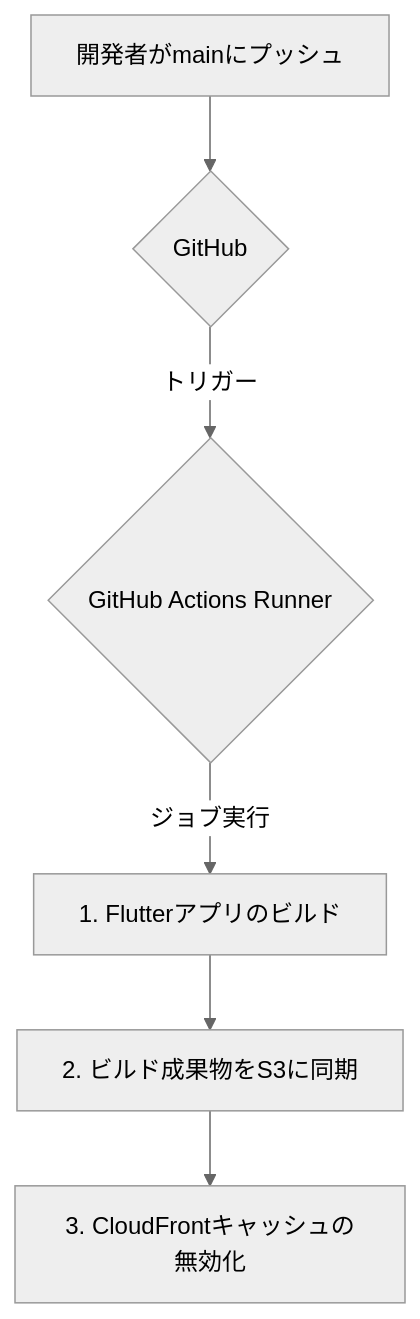
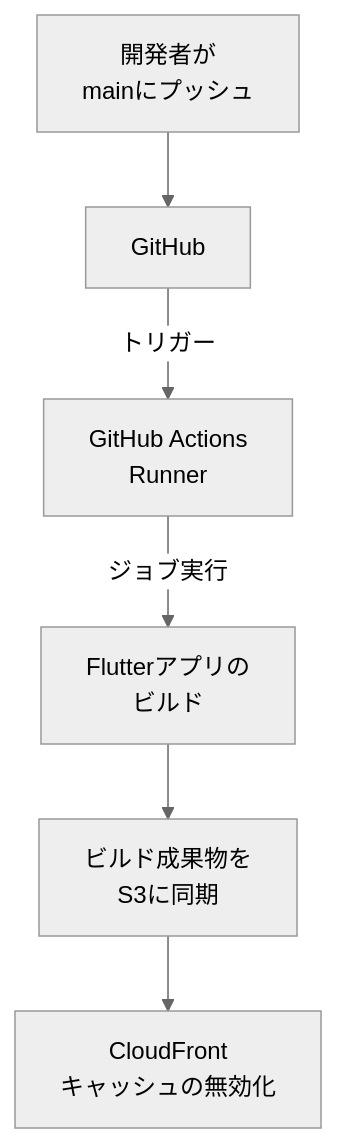
One commit to shou-dev19/flutter-cafe-app-ai changed the second of 2 diagrams in docs/AWS_ARCHITECTURE.md. Above: the diagram before and after it, drawn with Mermaid (neutral theme). The commit also changed other lines of this file, not shown here.

Commit message:
フロー図のparse error解消

````diff
--- a/docs/AWS_ARCHITECTURE.md
+++ b/docs/AWS_ARCHITECTURE.md
@@ -36,8 +36,8 @@
 ```mermaid
 graph TD
-    A[開発者がmainにプッシュ] --> B{GitHub};
-    B -- トリガー --> C{GitHub Actions Runner};
-    C -- ジョブ実行 --> D[1. Flutterアプリのビルド];
-    D --> E[2. ビルド成果物をS3に同期];
-    E --> F[3. CloudFrontキャッシュの無効化];
+    A["開発者が<br/>mainにプッシュ"] --> B["GitHub"]
+    B -->|"トリガー"| C["GitHub Actions<br/>Runner"]
+    C -->|"ジョブ実行"| D["Flutterアプリの<br/>ビルド"]
+    D --> E["ビルド成果物を<br/>S3に同期"]
+    E --> F["CloudFront<br/>キャッシュの無効化"]
 ```
````
